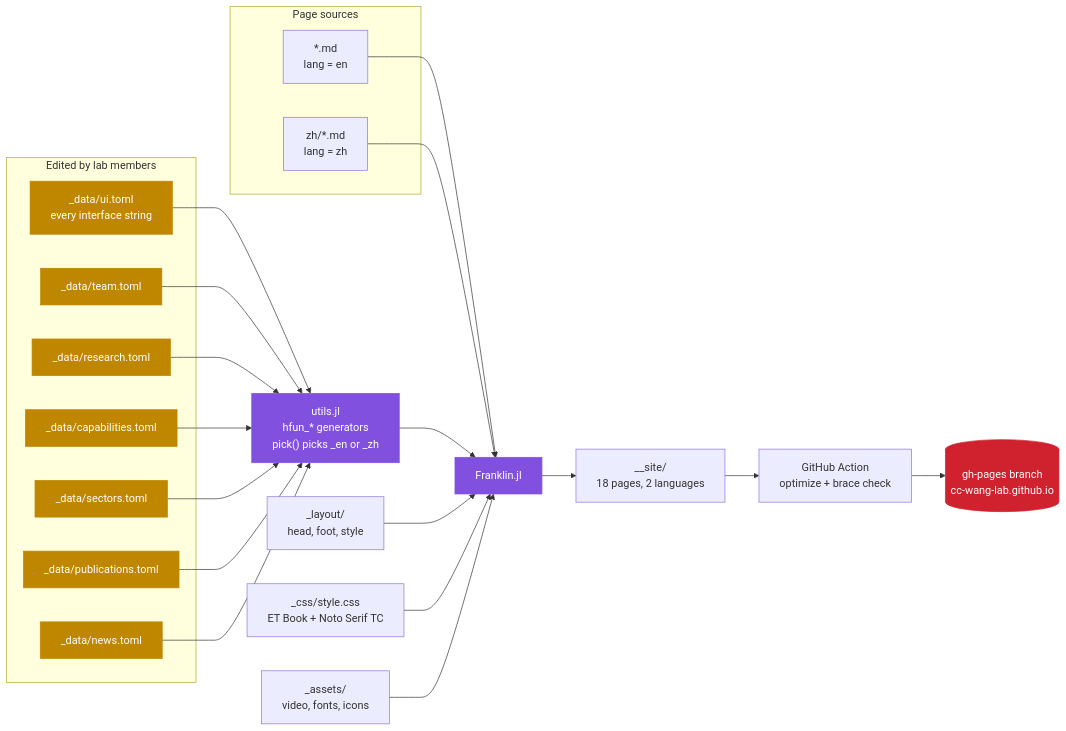
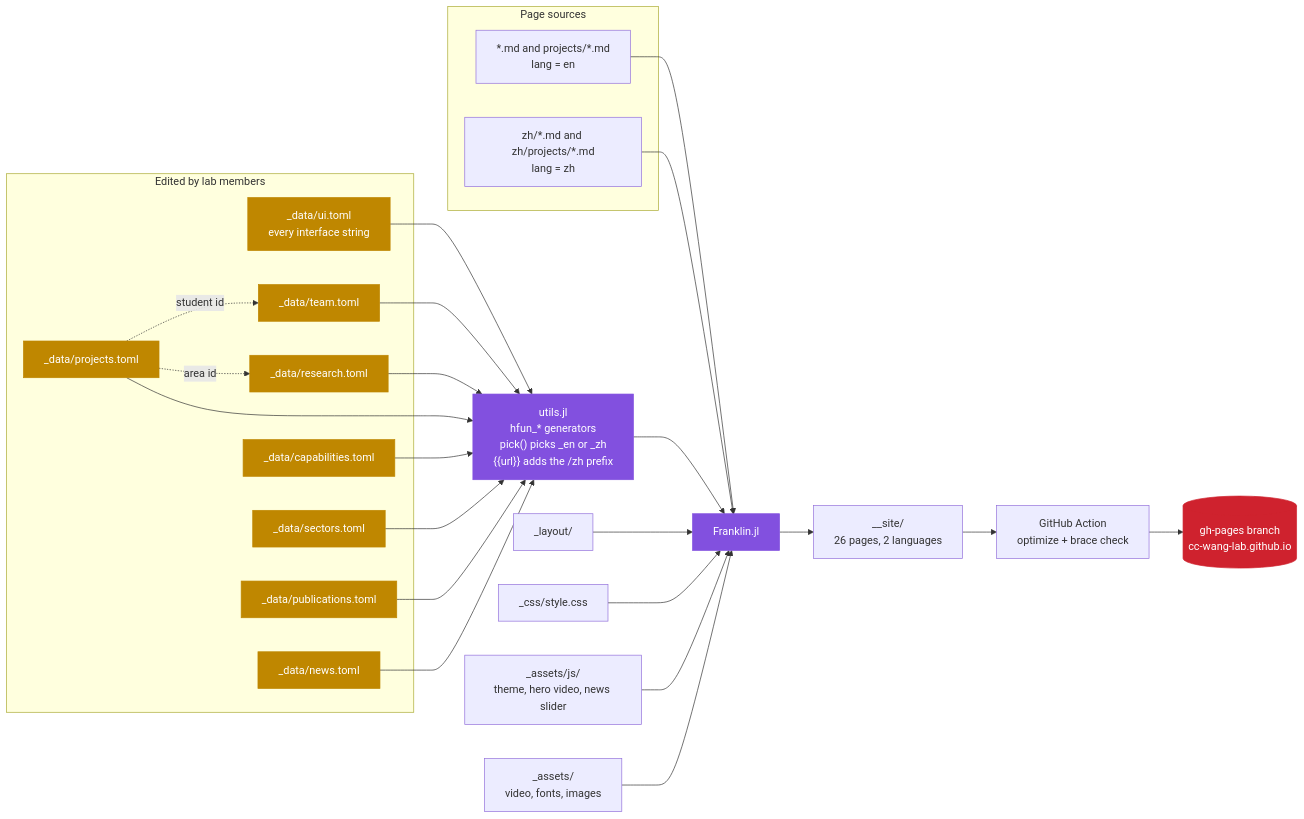
Before and after one commit to CC-Wang-Lab/CC-Wang-Lab.github.io: the third of 5 diagrams in docs/architecture.md, drawn with Mermaid. The commit also changed other lines of this file and 3 other files, not shown here.

Commit message:
Docs: projects workflow, the animation rule, updated diagrams

````diff
--- a/docs/architecture.md
+++ b/docs/architecture.md
@@ -70,48 +72,55 @@
 ```mermaid
 flowchart LR
   subgraph edit["Edited by lab members"]
     UI["_data/ui.toml<br/>every interface string"]
     D1["_data/team.toml"]
     D2["_data/research.toml"]
+    D7["_data/projects.toml"]
     D3["_data/capabilities.toml"]
     D4["_data/sectors.toml"]
     D5["_data/publications.toml"]
     D6["_data/news.toml"]
   end
 
   subgraph src["Page sources"]
-    EN["*.md<br/>lang = en"]
-    ZH["zh/*.md<br/>lang = zh"]
+    EN["*.md and projects/*.md<br/>lang = en"]
+    ZH["zh/*.md and zh/projects/*.md<br/>lang = zh"]
   end
 
-  UTILS["utils.jl<br/>hfun_* generators<br/>pick() picks _en or _zh"]
-  LAY["_layout/<br/>head, foot, style"]
-  CSS["_css/style.css<br/>ET Book + Noto Serif TC"]
-  ASSET["_assets/<br/>video, fonts, icons"]
+  UTILS["utils.jl<br/>hfun_* generators<br/>pick() picks _en or _zh<br/>{{url}} adds the /zh prefix"]
+  LAY["_layout/"]
+  CSS["_css/style.css"]
+  JS["_assets/js/<br/>theme, hero video, news slider"]
+  ASSET["_assets/<br/>video, fonts, images"]
+
+  D7 -.->|student id| D1
+  D7 -.->|area id| D2
 
   UI --> UTILS
   D1 --> UTILS
   D2 --> UTILS
+  D7 --> UTILS
   D3 --> UTILS
   D4 --> UTILS
   D5 --> UTILS
   D6 --> UTILS
 
   EN --> FR["Franklin.jl"]
   ZH --> FR
   UTILS --> FR
   LAY --> FR
   CSS --> FR
+  JS --> FR
   ASSET --> FR
 
-  FR --> SITE["__site/<br/>18 pages, 2 languages"]
+  FR --> SITE["__site/<br/>26 pages, 2 languages"]
   SITE --> GHA["GitHub Action<br/>optimize + brace check"]
   GHA --> PAGES[("gh-pages branch<br/>cc-wang-lab.github.io")]
 
   classDef arch fill:#8250DF,stroke:#8250DF,color:#fff
   classDef crit fill:#CF222E,stroke:#CF222E,color:#fff
   classDef conv fill:#BF8700,stroke:#BF8700,color:#fff
   class UTILS,FR arch
   class PAGES crit
-  class UI,D1,D2,D3,D4,D5,D6 conv
+  class UI,D1,D2,D7,D3,D4,D5,D6 conv
 ```
````
